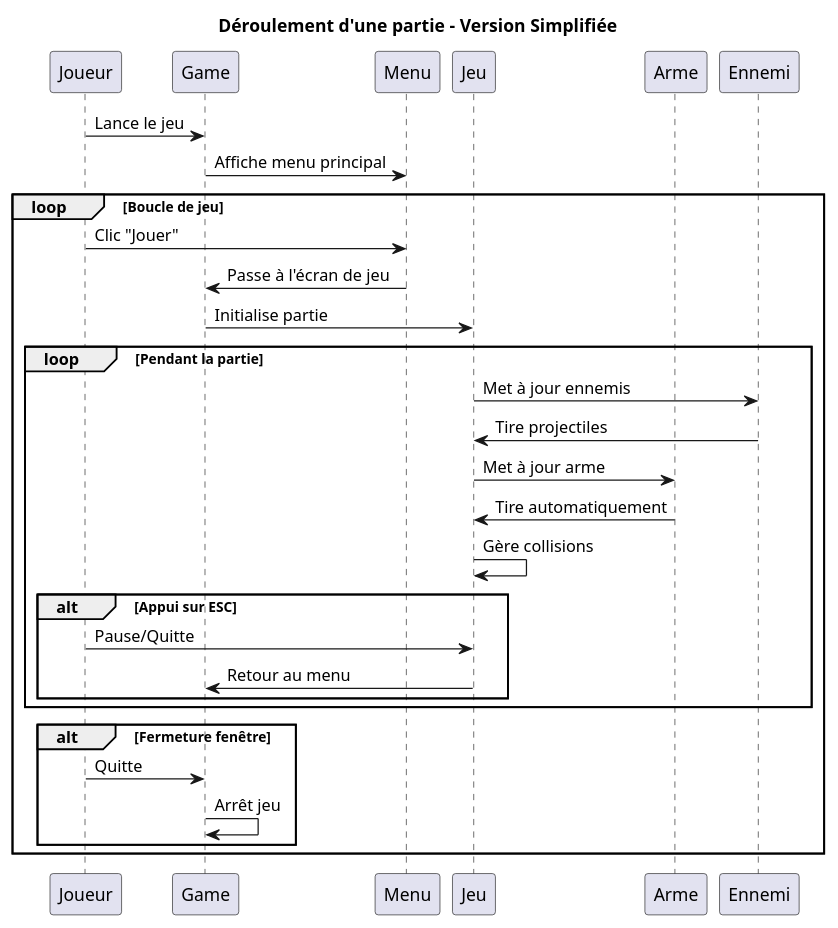
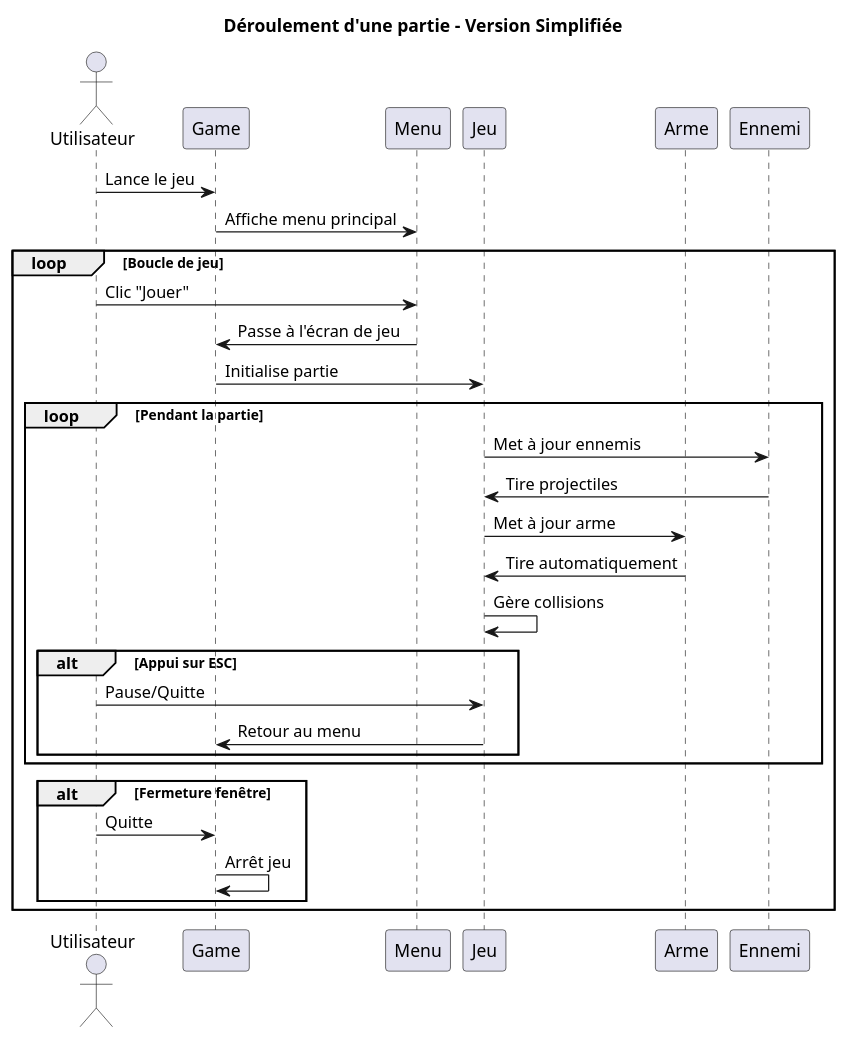
The diagram in Déroulement d'une partie de Tour Maudite.plantuml (AzEnTa1/the-cursed-tower), drawn with PlantUML before and after one commit. The commit also changed 2 other files, not shown here.

Commit message:
Utilisateur et pas joueur

```diff
--- a/Déroulement d'une partie de Tour Maudite.plantuml
+++ b/Déroulement d'une partie de Tour Maudite.plantuml
@@ -1,37 +1,37 @@
 @startuml SequenceDiagram
 title Déroulement d'une partie - Version Simplifiée
 
-participant "Joueur" as J 
+actor "Utilisateur" as J
 participant "Game" as G
 participant "Menu" as M
 participant "Jeu" as JEU
 participant "Arme" as A
 participant "Ennemi" as E
 
 J -> G : Lance le jeu
 G -> M : Affiche menu principal
 
 loop Boucle de jeu
     J -> M : Clic "Jouer"
     M -> G : Passe à l'écran de jeu
     G -> JEU : Initialise partie
     
     loop Pendant la partie
         JEU -> E : Met à jour ennemis
         E -> JEU : Tire projectiles
         JEU -> A : Met à jour arme
         A -> JEU : Tire automatiquement
         JEU -> JEU : Gère collisions
         
         alt Appui sur ESC
             J -> JEU : Pause/Quitte
             JEU -> G : Retour au menu
         end
     end
     
     alt Fermeture fenêtre
         J -> G : Quitte
         G -> G : Arrêt jeu
     end
 end
 @enduml
```
